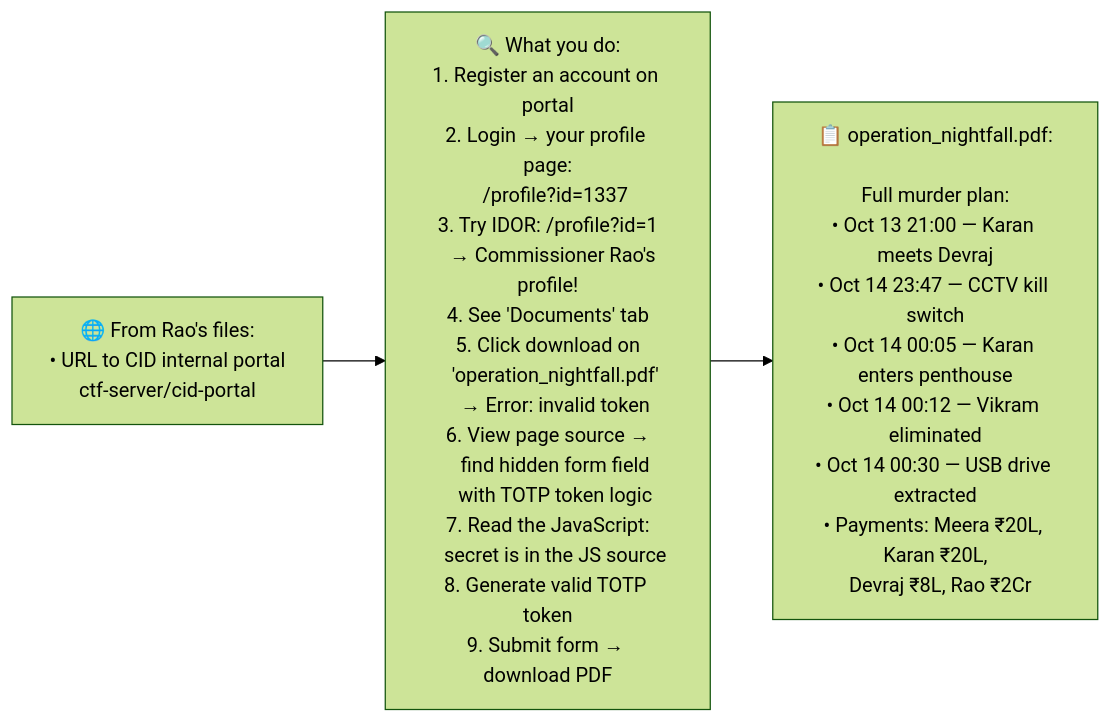
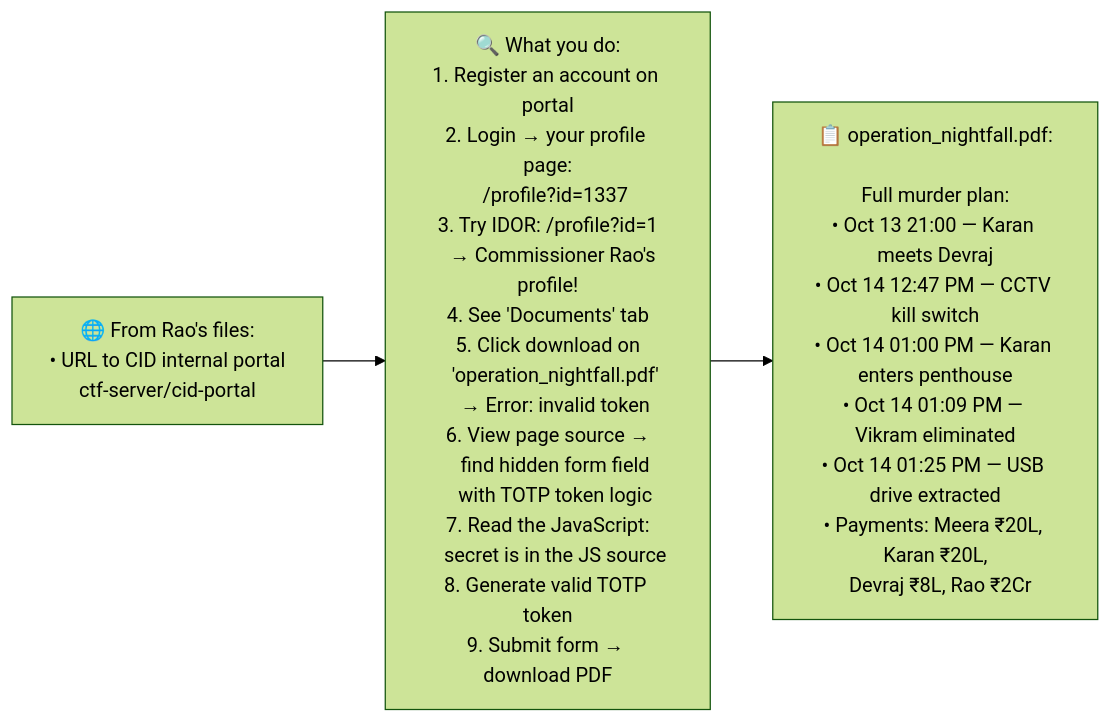
Before and after one commit to vishwajeetpawar123/ctf_dex: diagram 22 of 24 in ctf_challenge_round_2.md, drawn with Mermaid (forest theme). The commit also changed other lines of this file and 8 other files, not shown here.

````diff
--- a/ctf_challenge_round_2.md
+++ b/ctf_challenge_round_2.md
@@ -387,5 +387,5 @@
 ```mermaid
 flowchart LR
     A["🌐 From Rao's files:\n• URL to CID internal portal\n  ctf-server/cid-portal"] --> B["🔍 What you do:\n1. Register an account on portal\n2. Login → your profile page:\n   /profile?id=1337\n3. Try IDOR: /profile?id=1\n   → Commissioner Rao's profile!\n4. See 'Documents' tab\n5. Click download on\n   'operation_nightfall.pdf'\n   → Error: invalid token\n6. View page source →\n   find hidden form field\n   with TOTP token logic\n7. Read the JavaScript:\n   secret is in the JS source\n8. Generate valid TOTP token\n9. Submit form → download PDF"]
-    B --> C["📋 operation_nightfall.pdf:\n\nFull murder plan:\n• Oct 13 21:00 — Karan meets Devraj\n• Oct 14 23:47 — CCTV kill switch\n• Oct 14 00:05 — Karan enters penthouse\n• Oct 14 00:12 — Vikram eliminated\n• Oct 14 00:30 — USB drive extracted\n• Payments: Meera ₹20L, Karan ₹20L,\n  Devraj ₹8L, Rao ₹2Cr"]
+    B --> C["📋 operation_nightfall.pdf:\n\nFull murder plan:\n• Oct 13 21:00 — Karan meets Devraj\n• Oct 14 12:47 PM — CCTV kill switch\n• Oct 14 01:00 PM — Karan enters penthouse\n• Oct 14 01:09 PM — Vikram eliminated\n• Oct 14 01:25 PM — USB drive extracted\n• Payments: Meera ₹20L, Karan ₹20L,\n  Devraj ₹8L, Rao ₹2Cr"]
 ```
````
